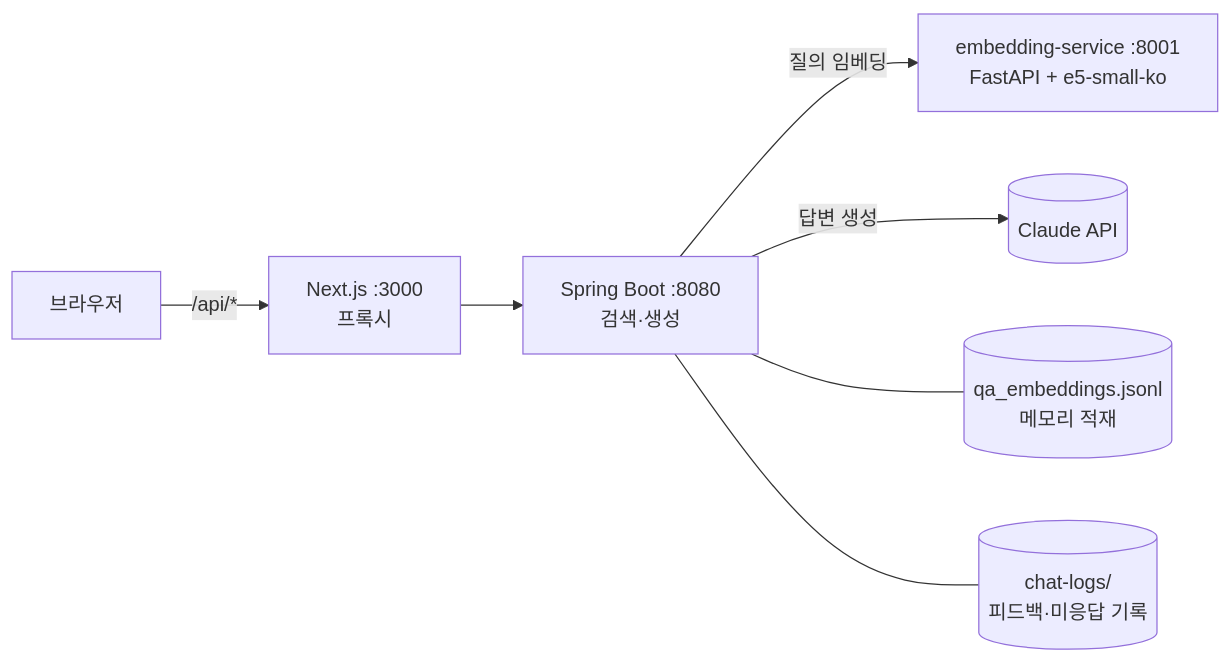
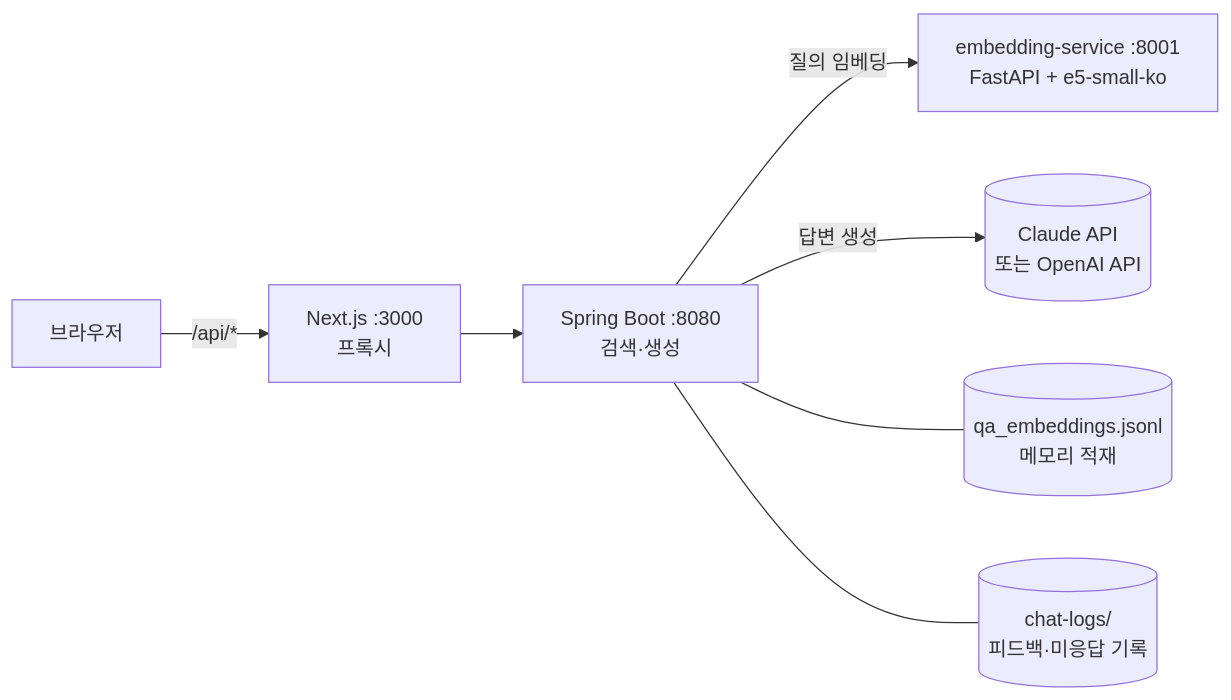
One commit to NACUFOK2/Airplane_dev changed the first of 2 diagrams in docs/RAG_SPEC.md. Above: the diagram before and after it, drawn with Mermaid. The commit also changed other lines of this file and 16 other files, not shown here.

````diff
--- a/docs/RAG_SPEC.md
+++ b/docs/RAG_SPEC.md
@@ -16,9 +16,9 @@
 ```mermaid
 flowchart LR
     U[브라우저] -->|/api/*| N[Next.js :3000<br/>프록시]
     N --> B[Spring Boot :8080<br/>검색·생성]
     B -->|질의 임베딩| E[embedding-service :8001<br/>FastAPI + e5-small-ko]
-    B -->|답변 생성| C[(Claude API)]
+    B -->|답변 생성| C[(Claude API<br/>또는 OpenAI API)]
     B --- I[(qa_embeddings.jsonl<br/>메모리 적재)]
     B --- L[(chat-logs/<br/>피드백·미응답 기록)]
 ```
````
